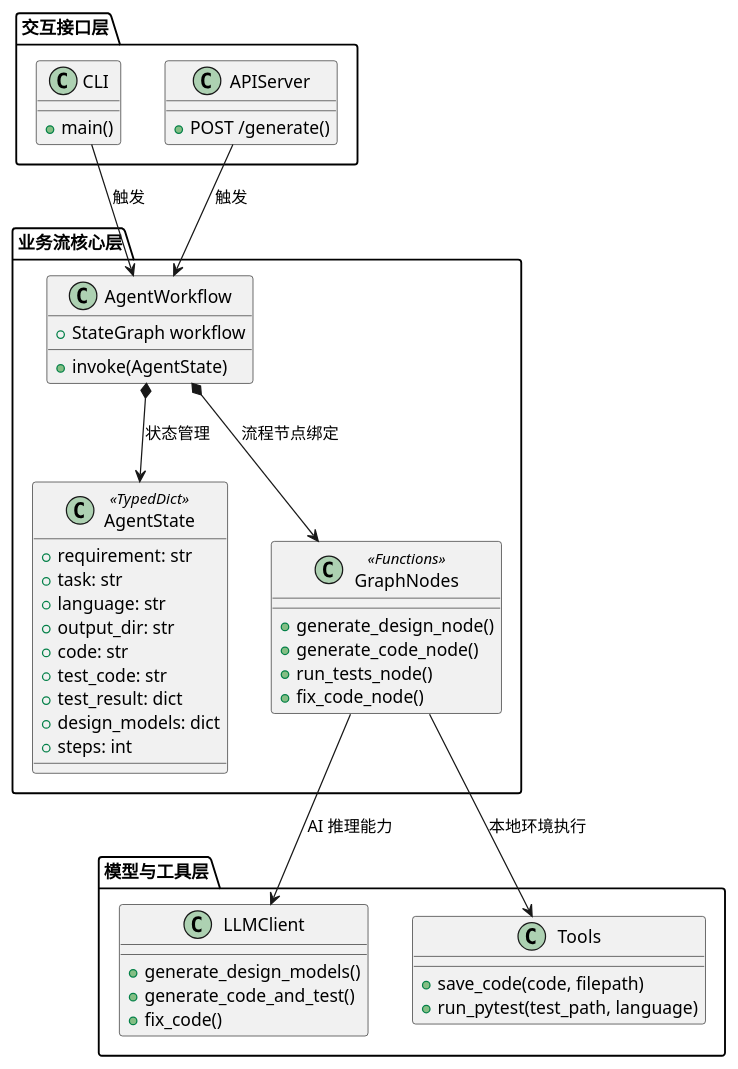
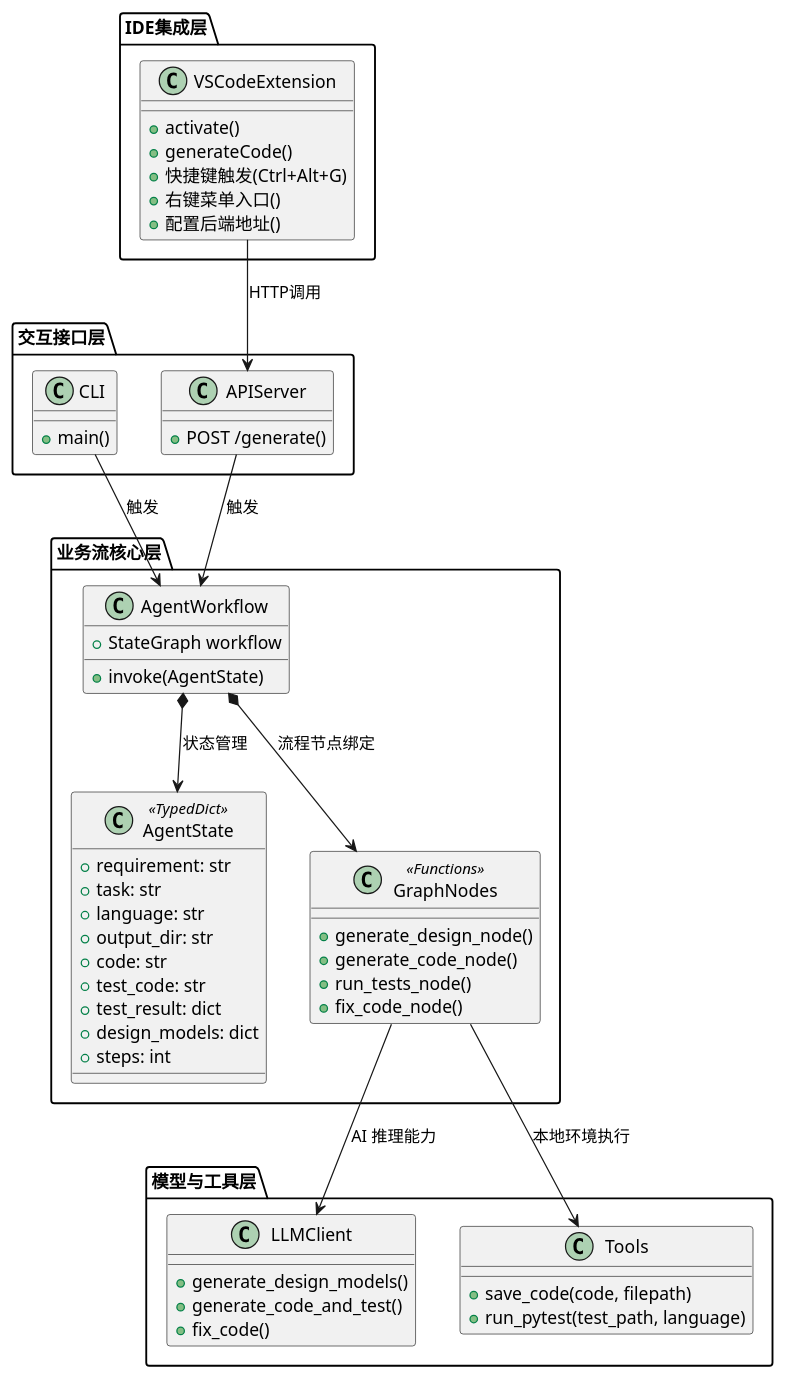
The diagram in docs/design/class_diagram.puml (bayan064/software-agent), drawn with PlantUML before and after one commit. The commit also changed 1 other file, not shown here.

Commit message:
feat:更新系统设计类图

```diff
--- a/docs/design/class_diagram.puml
+++ b/docs/design/class_diagram.puml
@@ -1,63 +1,74 @@
 @startuml
 ' ====== 软件工程智能体系统核心类图 ======
 
 package "交互接口层" {
   class CLI {
     +main()
   }
   
   class APIServer {
     +POST /generate()
+  }
+}
+
+package "IDE集成层" {
+  class VSCodeExtension {
+    +activate()
+    +generateCode()
+    +快捷键触发(Ctrl+Alt+G)
+    +右键菜单入口()
+    +配置后端地址()
   }
 }
 
 package "业务流核心层" {
   class AgentWorkflow {
     +StateGraph workflow
     +invoke(AgentState)
   }
 
   class AgentState <<TypedDict>> {
     +requirement: str
     +task: str
     +language: str
     +output_dir: str
     +code: str
     +test_code: str
     +test_result: dict
     +design_models: dict
     +steps: int
   }
 
   class GraphNodes <<Functions>> {
     +generate_design_node()
     +generate_code_node()
     +run_tests_node()
     +fix_code_node()
   }
 }
 
 package "模型与工具层" {
   class LLMClient {
     +generate_design_models()
     +generate_code_and_test()
     +fix_code()
   }
 
   class Tools {
     +save_code(code, filepath)
     +run_pytest(test_path, language)
   }
 }
 
 ' 依赖关系映射
 CLI --> AgentWorkflow : 触发
 APIServer --> AgentWorkflow : 触发
+VSCodeExtension --> APIServer : HTTP调用
 
 AgentWorkflow *--> AgentState : 状态管理
 AgentWorkflow *--> GraphNodes : 流程节点绑定
 
 GraphNodes --> LLMClient : AI 推理能力
 GraphNodes --> Tools : 本地环境执行
 
 @enduml
```
